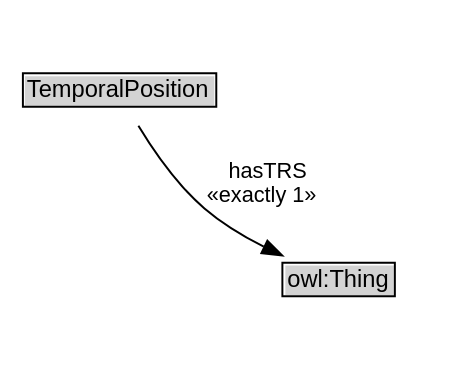
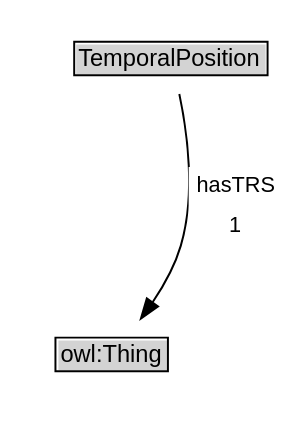
One commit to ISO-TC204/ontology-import-time changed the diagram in docs/diagrams/TemporalPosition.dot. Above: the diagram before and after it, drawn with Graphviz. The commit also changed 167 other files, not shown here.

```diff
--- a/docs/diagrams/TemporalPosition.dot
+++ b/docs/diagrams/TemporalPosition.dot
@@ -1,19 +1,22 @@
 // Diagram for TemporalPosition
 digraph {
 	graph [overlap=false rankdir=TB splines=true]
 	node [fontname=Arial fontsize=12 margin=0 shape=none]
 	edge [fontname=Arial fontsize=11]
 	{
+		rank=source
+	}
+	TemporalPosition [label=<<TABLE BORDER="1" CELLBORDER="0" CELLSPACING="0" CELLPADDING="1"><TR><TD BGCOLOR="lightgray" ALIGN="CENTER">TemporalPosition</TD></TR></TABLE>> URL="../TemporalPosition" margin=0]
+	{
 		rank=max
-		TemporalPosition [label=<<TABLE BORDER="1" CELLBORDER="0" CELLSPACING="0" CELLPADDING="1"><TR><TD BGCOLOR="lightgray" ALIGN="CENTER" PORT="e">TemporalPosition</TD></TR></TABLE>> URL="../TemporalPosition" margin=0]
 	}
 	subgraph cluster_associated {
 		label="" style=invis
 		Invis [label=<<TABLE BORDER="0" CELLBORDER="0" CELLSPACING="0" CELLPADDING="1"><TR><TD></TD></TR></TABLE>> margin=0 style=invis]
-		owl_Thing [label=<<TABLE BORDER="1" CELLBORDER="0" CELLSPACING="0" CELLPADDING="1"><TR><TD BGCOLOR="lightgray" ALIGN="CENTER">owl:Thing</TD></TR></TABLE>> margin=0]
+		owl_Thing [label=<<TABLE BORDER="1" CELLBORDER="0" CELLSPACING="0" CELLPADDING="1"><TR><TD BGCOLOR="lightgray" ALIGN="CENTER">owl:Thing</TD></TR></TABLE>> URL="https://w3id.org/citydata/imported/owl/latest/Thing" margin=0]
 	}
 	TemporalPosition -> Invis [style=invis]
 	Invis -> owl_Thing [style=invis]
-	TemporalPosition -> owl_Thing [label=" hasTRS 
- «exactly 1»  " arrowhead=normal style=solid]
+	owl_Thing [label=<<TABLE BORDER="1" CELLBORDER="0" CELLSPACING="0" CELLPADDING="1"><TR><TD BGCOLOR="lightgray" ALIGN="CENTER">owl:Thing</TD></TR></TABLE>> URL="https://w3id.org/citydata/imported/owl/latest/Thing" margin=0]
+	TemporalPosition -> owl_Thing [label=<<TABLE BORDER="0" CELLBORDER="0" CELLSPACING="0" CELLPADDING="4" BGCOLOR="white"><TR><TD ALIGN="CENTER">hasTRS</TD></TR><TR><TD ALIGN="CENTER">1</TD></TR></TABLE>> arrowhead=normal style=solid]
 }
```
